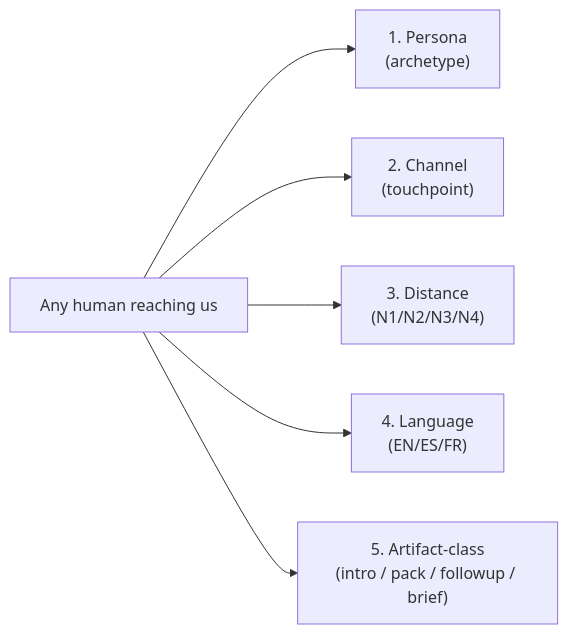
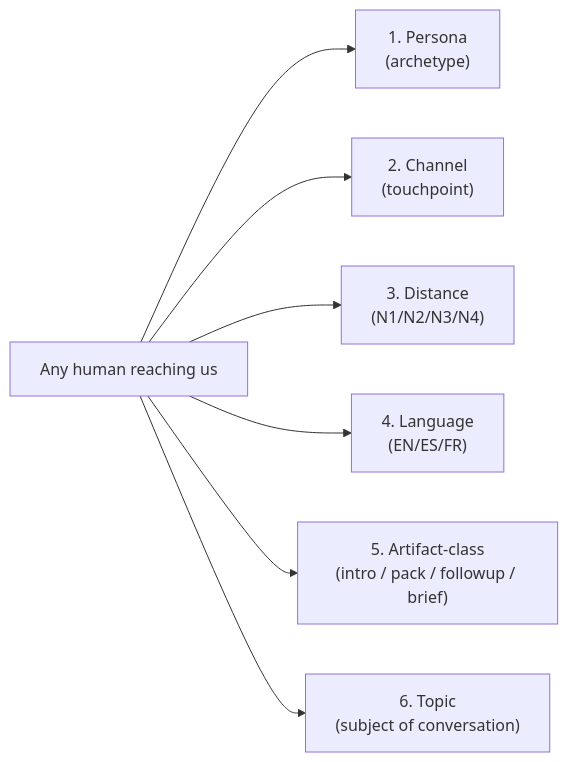
Before and after one commit to FraysaXII/openclaw-akos: the first of 2 diagrams in docs/references/hlk/v3.0/Admin/O5-1/Operations/PMO/HOLISTIK_OPS_DISCOVERY.md, drawn with Mermaid. The commit also changed other lines of this file and 4 other files, not shown here.

````diff
--- a/docs/references/hlk/v3.0/Admin/O5-1/Operations/PMO/HOLISTIK_OPS_DISCOVERY.md
+++ b/docs/references/hlk/v3.0/Admin/O5-1/Operations/PMO/HOLISTIK_OPS_DISCOVERY.md
@@ -23,14 +25,16 @@
 ```mermaid
 flowchart LR
     Person["Any human reaching us"]
     Persona["1. Persona<br/>(archetype)"]
     Channel["2. Channel<br/>(touchpoint)"]
     Distance["3. Distance<br/>(N1/N2/N3/N4)"]
     Language["4. Language<br/>(EN/ES/FR)"]
     Artifact["5. Artifact-class<br/>(intro / pack / followup / brief)"]
+    Topic["6. Topic<br/>(subject of conversation)"]
     Person --> Persona
     Person --> Channel
     Person --> Distance
     Person --> Language
     Person --> Artifact
+    Person --> Topic
 ```
````
